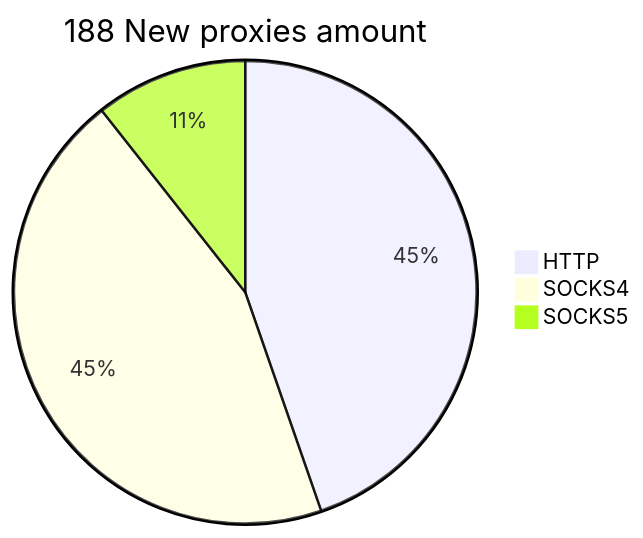
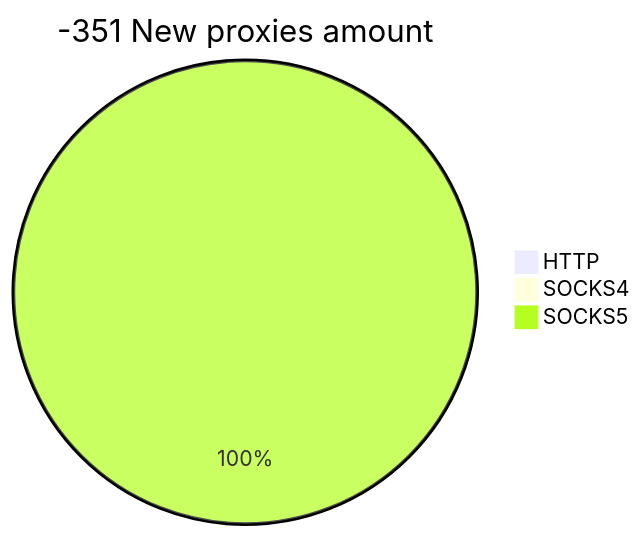
Before and after one commit to cutipu/proxylist: the second of 2 diagrams in README.md, drawn with Mermaid. The commit also changed other lines of this file, not shown here.

````diff
--- a/README.md
+++ b/README.md
@@ -10,6 +10,6 @@
 ```mermaid
-pie title 188 New proxies amount
-    "HTTP" : 84
-    "SOCKS4" : 84
-    "SOCKS5" : 20
+pie title -351 New proxies amount
+    "HTTP" : 0
+    "SOCKS4" : 0
+    "SOCKS5" : 19
 ```
````
